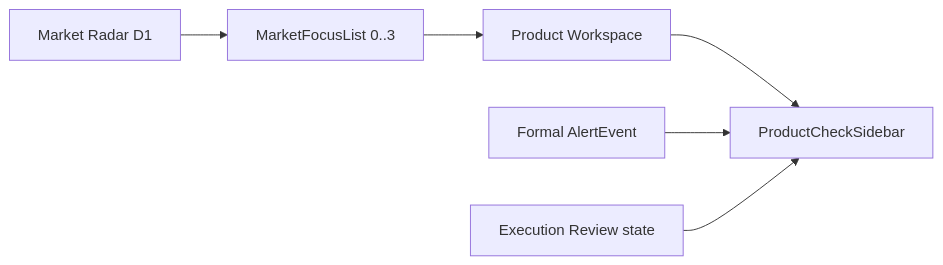
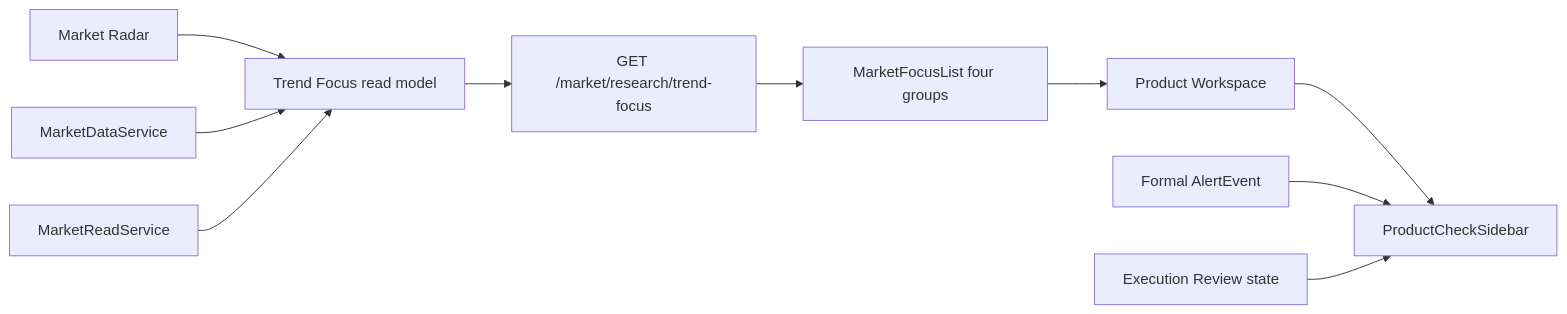
Before and after one commit to firehell/guiyi-quant-workstation: the fourth of 4 diagrams in docs/ARCHITECTURE.md, drawn with Mermaid. The commit also changed other lines of this file and 15 other files, not shown here.

Commit message:
feat(market): deliver trend focus phase b

````diff
--- a/docs/ARCHITECTURE.md
+++ b/docs/ARCHITECTURE.md
@@ -197,8 +204,12 @@
 ```mermaid
 flowchart LR
-    RADAR[Market Radar D1] --> FOCUS[MarketFocusList 0..3]
+    RADAR[Market Radar] --> TF[Trend Focus read model]
+    MDS[MarketDataService] --> TF
+    MR[MarketReadService] --> TF
+    TF --> API[GET /market/research/trend-focus]
+    API --> FOCUS[MarketFocusList four groups]
     FOCUS --> CHART[Product Workspace]
     CHART --> CHECK[ProductCheckSidebar]
     ALERT[Formal AlertEvent] --> CHECK
     ER[Execution Review state] --> CHECK
 ```
````
